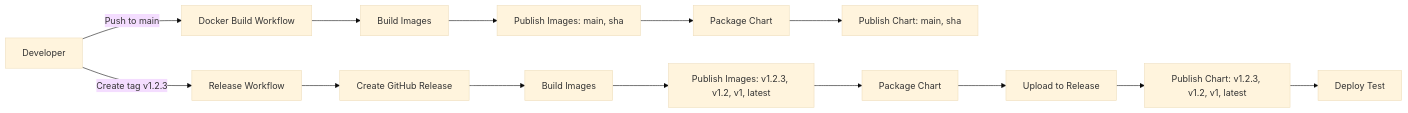
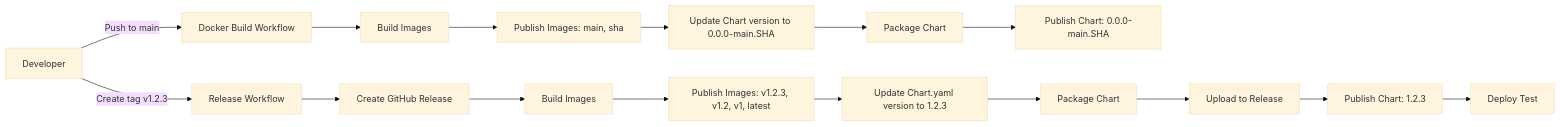
Before and after one commit to afrittoli/gha-runner-token-service: the diagram in docs/helm_chart_release.md, drawn with Mermaid (base theme). The commit also changed other lines of this file and 2 other files, not shown here.

Commit message:
Write a chart version based on git sha

````diff
--- a/docs/helm_chart_release.md
+++ b/docs/helm_chart_release.md
@@ -14,16 +14,18 @@
 ```mermaid
 graph LR
     A[Developer] -->|Push to main| B[Docker Build Workflow]
     A -->|Create tag v1.2.3| C[Release Workflow]
     B --> D[Build Images]
     D --> E[Publish Images: main, sha]
-    E --> F[Package Chart]
-    F --> G[Publish Chart: main, sha]
-    C --> H[Create GitHub Release]
-    H --> I[Build Images]
-    I --> J[Publish Images: v1.2.3, v1.2, v1, latest]
-    J --> K[Package Chart]
-    K --> L[Upload to Release]
-    L --> M[Publish Chart: v1.2.3, v1.2, v1, latest]
-    M --> N[Deploy Test]
+    E --> F[Update Chart version to 0.0.0-main.SHA]
+    F --> G[Package Chart]
+    G --> H[Publish Chart: 0.0.0-main.SHA]
+    C --> I[Create GitHub Release]
+    I --> J[Build Images]
+    J --> K[Publish Images: v1.2.3, v1.2, v1, latest]
+    K --> L[Update Chart.yaml version to 1.2.3]
+    L --> M[Package Chart]
+    M --> N[Upload to Release]
+    N --> O[Publish Chart: 1.2.3]
+    O --> P[Deploy Test]
 ```
````
